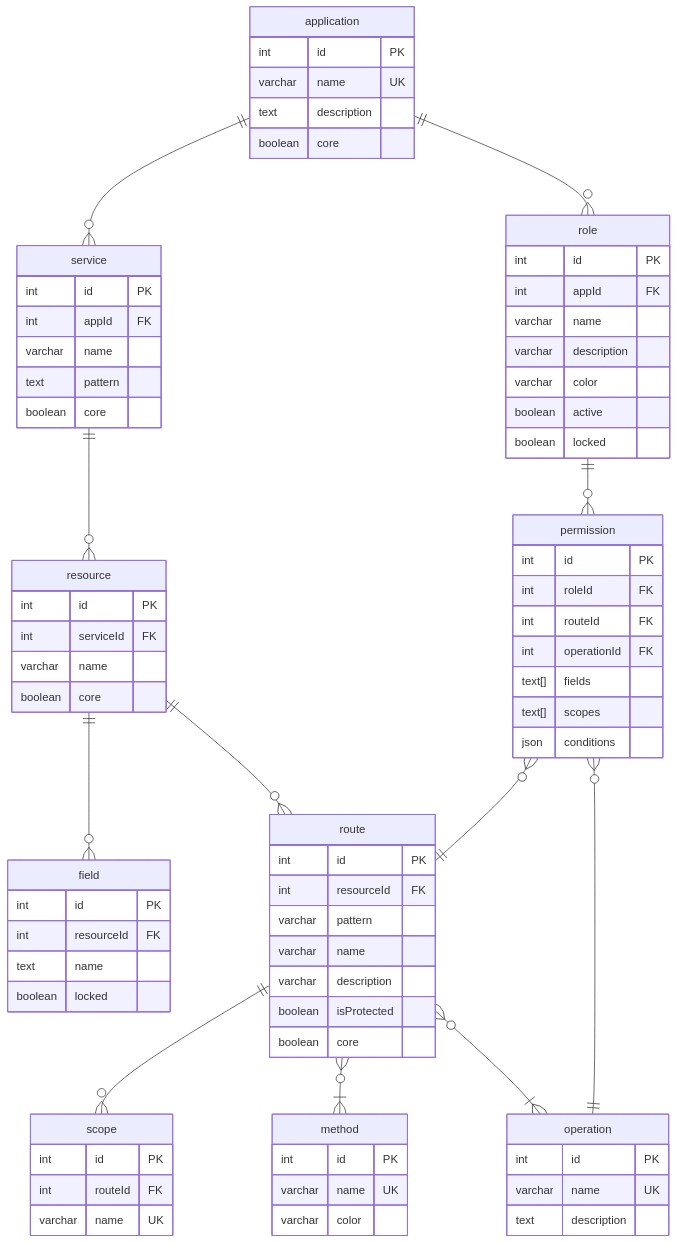
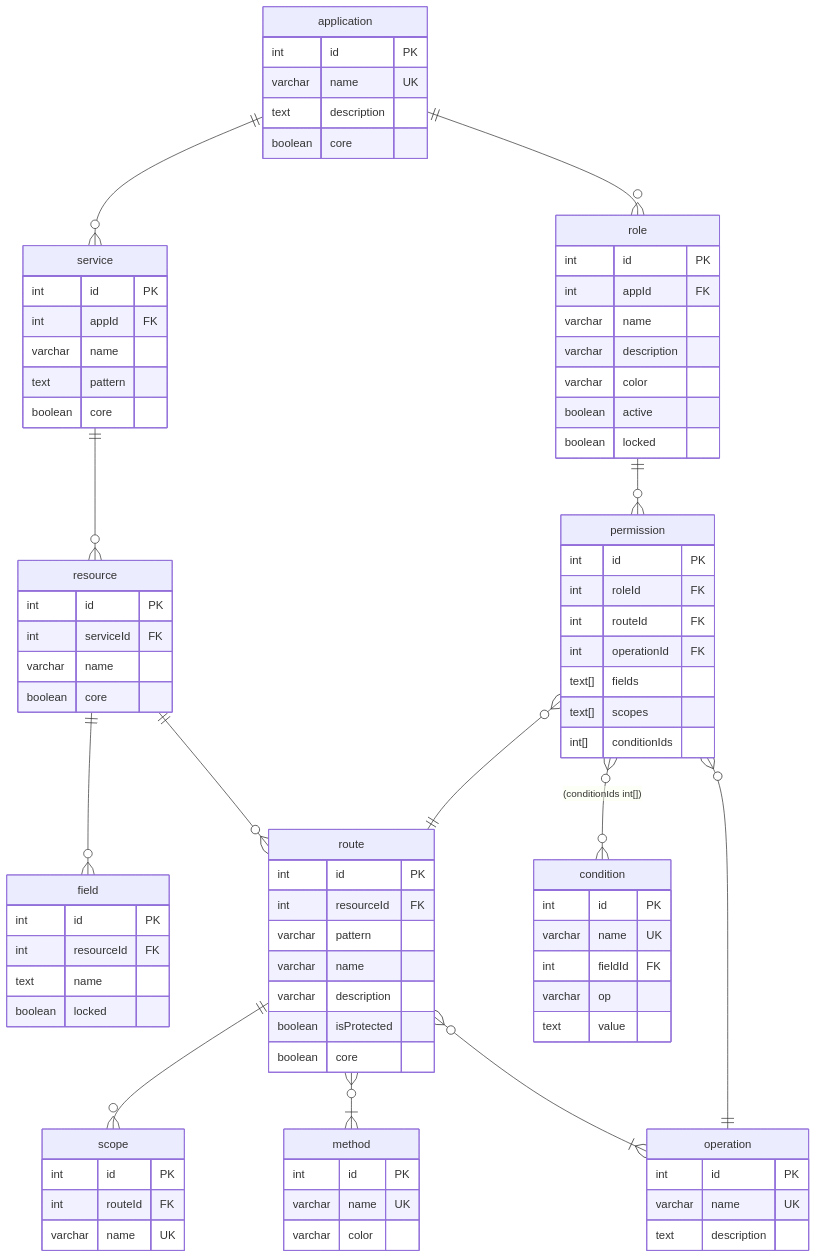
One commit to ALTEN-group/Gatelin changed the first of 2 diagrams in doc/erd.md. Above: the diagram before and after it, drawn with Mermaid. The commit also changed 14 other files, not shown here.

Commit message:
feat(condition): add conditions management endpoints and data

```diff
--- a/doc/erd.md
+++ b/doc/erd.md
@@ -19,6 +19,7 @@
 
   permission }o--|| route : ""
   permission }o--|| operation : ""
+  permission }o--o{ condition : "(conditionIds int[])"
 
   application {
     int id PK
@@ -44,7 +45,15 @@
     int operationId FK
     text[] fields
     text[] scopes
-    json conditions
+    int[] conditionIds
+  }
+
+  condition {
+    int id PK
+    varchar name UK
+    int fieldId FK
+    varchar op
+    text value
   }
 
   service {
```
